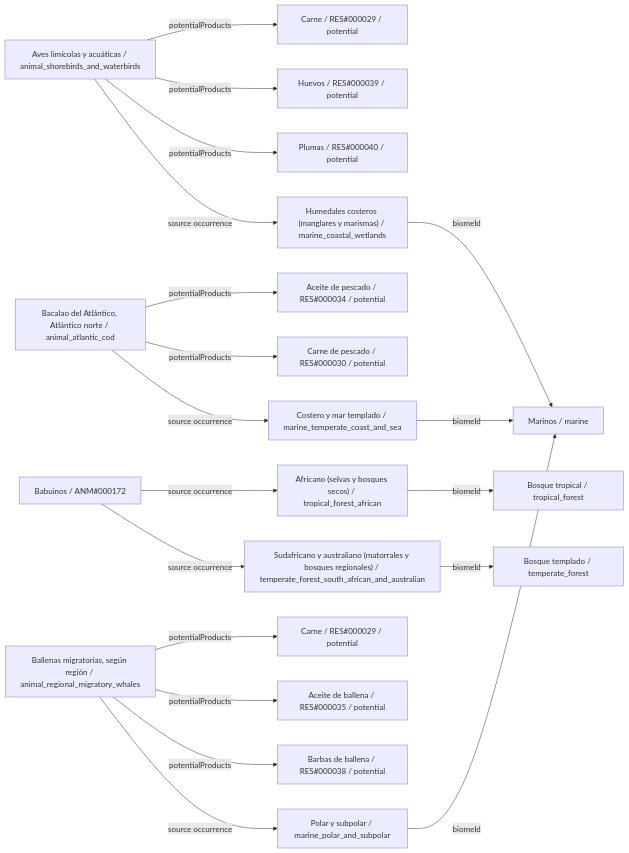
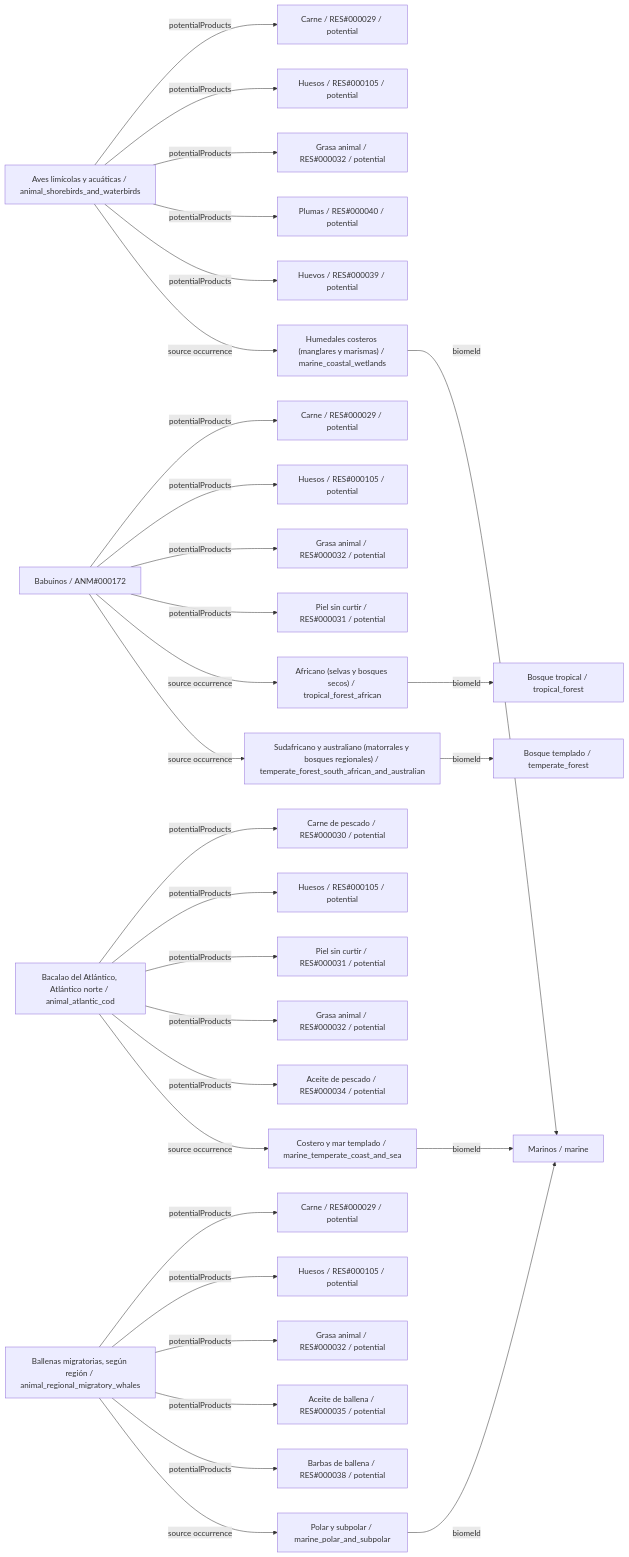
One commit to fgabo404/EvolveDoc changed the second of 26 diagrams in data/animals/DIAGRAMS.es.md. Above: the diagram before and after it, drawn with Mermaid. The commit also changed other lines of this file and 44 other files, not shown here.

````diff
--- a/data/animals/DIAGRAMS.es.md
+++ b/data/animals/DIAGRAMS.es.md
@@ -164,41 +190,63 @@
 ```mermaid
 flowchart LR
     c0["Aves limícolas y acuáticas / animal_shorebirds_and_waterbirds"]
     v22["Humedales costeros (manglares y marismas) / marine_coastal_wetlands"]
     b5["Marinos / marine"]
     o0_0["Carne / RES#000029 / potential"]
-    o0_1["Huevos / RES#000039 / potential"]
-    o0_2["Plumas / RES#000040 / potential"]
+    o0_1["Huesos / RES#000105 / potential"]
+    o0_2["Grasa animal / RES#000032 / potential"]
+    o0_3["Plumas / RES#000040 / potential"]
+    o0_4["Huevos / RES#000039 / potential"]
     c1["Babuinos / ANM#000172"]
     v1["Africano (selvas y bosques secos) / tropical_forest_african"]
     b0["Bosque tropical / tropical_forest"]
     v6["Sudafricano y australiano (matorrales y bosques regionales) / temperate_forest_south_african_and_australian"]
     b1["Bosque templado / temperate_forest"]
+    o1_0["Carne / RES#000029 / potential"]
+    o1_1["Huesos / RES#000105 / potential"]
+    o1_2["Grasa animal / RES#000032 / potential"]
+    o1_3["Piel sin curtir / RES#000031 / potential"]
     c2["Bacalao del Atlántico, Atlántico norte / animal_atlantic_cod"]
     v20["Costero y mar templado / marine_temperate_coast_and_sea"]
-    o2_0["Aceite de pescado / RES#000034 / potential"]
-    o2_1["Carne de pescado / RES#000030 / potential"]
+    o2_0["Carne de pescado / RES#000030 / potential"]
+    o2_1["Huesos / RES#000105 / potential"]
+    o2_2["Piel sin curtir / RES#000031 / potential"]
+    o2_3["Grasa animal / RES#000032 / potential"]
+    o2_4["Aceite de pescado / RES#000034 / potential"]
     c3["Ballenas migratorias, según región / animal_regional_migratory_whales"]
     v21["Polar y subpolar / marine_polar_and_subpolar"]
     o3_0["Carne / RES#000029 / potential"]
-    o3_1["Aceite de ballena / RES#000035 / potential"]
-    o3_2["Barbas de ballena / RES#000038 / potential"]
+    o3_1["Huesos / RES#000105 / potential"]
+    o3_2["Grasa animal / RES#000032 / potential"]
+    o3_3["Aceite de ballena / RES#000035 / potential"]
+    o3_4["Barbas de ballena / RES#000038 / potential"]
     c0 -->|potentialProducts| o0_0
     c0 -->|potentialProducts| o0_1
     c0 -->|potentialProducts| o0_2
+    c0 -->|potentialProducts| o0_3
+    c0 -->|potentialProducts| o0_4
     c0 -->|source occurrence| v22
+    c1 -->|potentialProducts| o1_0
+    c1 -->|potentialProducts| o1_1
+    c1 -->|potentialProducts| o1_2
+    c1 -->|potentialProducts| o1_3
     c1 -->|source occurrence| v1
     c1 -->|source occurrence| v6
     c2 -->|potentialProducts| o2_0
     c2 -->|potentialProducts| o2_1
+    c2 -->|potentialProducts| o2_2
+    c2 -->|potentialProducts| o2_3
+    c2 -->|potentialProducts| o2_4
     c2 -->|source occurrence| v20
     c3 -->|potentialProducts| o3_0
     c3 -->|potentialProducts| o3_1
     c3 -->|potentialProducts| o3_2
+    c3 -->|potentialProducts| o3_3
+    c3 -->|potentialProducts| o3_4
     c3 -->|source occurrence| v21
     v1 -->|biomeId| b0
     v20 -->|biomeId| b5
     v21 -->|biomeId| b5
     v22 -->|biomeId| b5
     v6 -->|biomeId| b1
 ```
````
